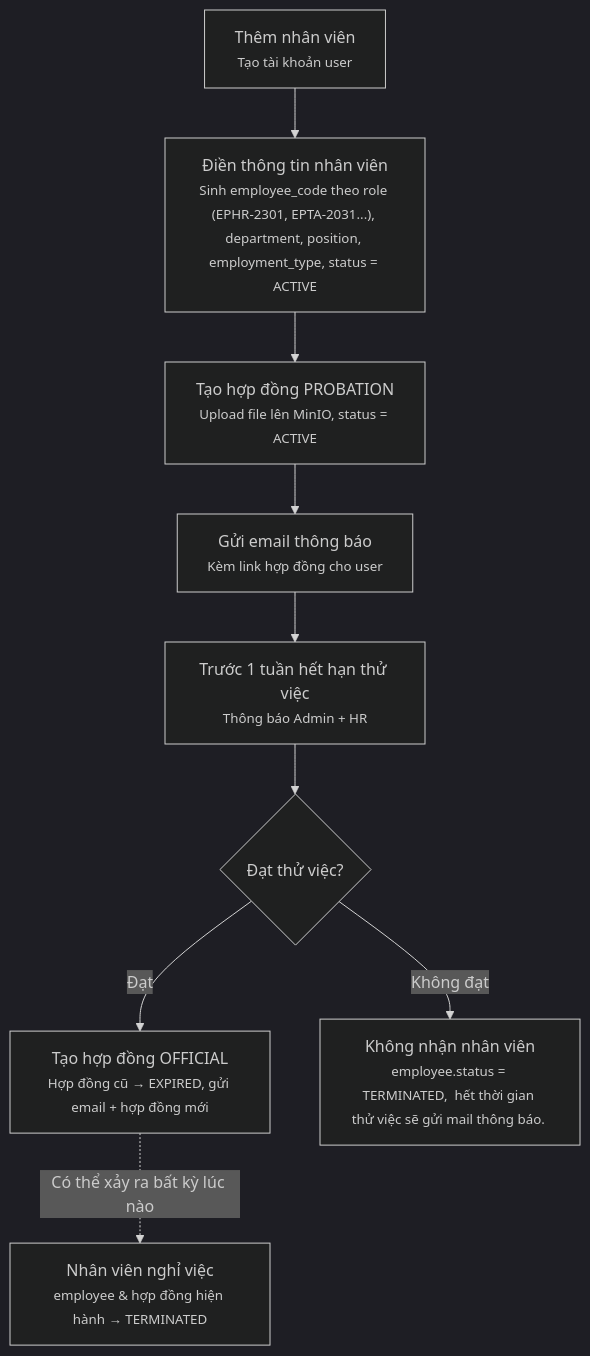
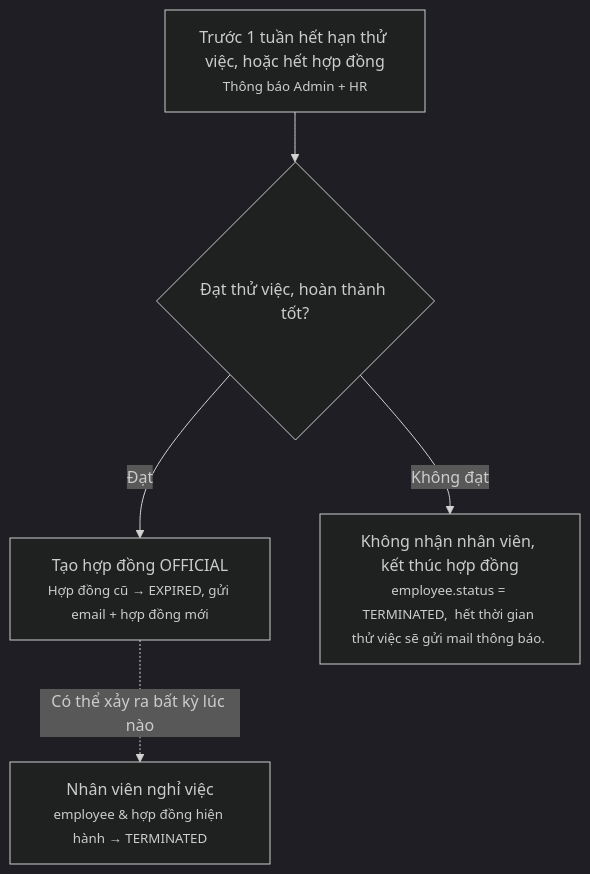
One commit to vutiendat2302/ai-personalized-lms changed the fifth of 5 diagrams in backend/luong-nghiep-vu-hr-student.md. Above: the diagram before and after it, drawn with Mermaid (dark theme). The commit also changed other lines of this file and 41 other files, not shown here.

````diff
--- a/backend/luong-nghiep-vu-hr-student.md
+++ b/backend/luong-nghiep-vu-hr-student.md
@@ -199,21 +177,14 @@
 ```mermaid
 flowchart TD
-    A["Thêm nhân viên<br/><small>Tạo tài khoản user</small>"]
-    B["Điền thông tin nhân viên<br/><small>Sinh employee_code theo role (EPHR-2301, EPTA-2031...), department, position, employment_type, status = ACTIVE</small>"]
-    C["Tạo hợp đồng PROBATION<br/><small>Upload file lên MinIO, status = ACTIVE</small>"]
-    D["Gửi email thông báo<br/><small>Kèm link hợp đồng cho user</small>"]
-    E["Trước 1 tuần hết hạn thử việc<br/><small>Thông báo Admin + HR</small>"]
-    F{"Đạt thử việc?"}
+    E["Trước 1 tuần hết hạn thử việc, hoặc hết hợp đồng<br/><small>Thông báo Admin + HR</small>"]
+    F{"Đạt thử việc, hoàn thành tốt?"}
     G["Tạo hợp đồng OFFICIAL<br/><small>Hợp đồng cũ → EXPIRED, gửi email + hợp đồng mới</small>"]
-    H["Không nhận nhân viên<br/><small>employee.status = TERMINATED,  hết thời gian thử việc sẽ gửi mail thông báo. </small>"]
+    H["Không nhận nhân viên, kết thúc hợp đồng<br/><small>employee.status = TERMINATED,  hết thời gian thử việc sẽ gửi mail thông báo. </small>"]
     I["Nhân viên nghỉ việc<br/><small>employee & hợp đồng hiện hành → TERMINATED</small>"]
  
-    A --> B
-    B --> C
-    C --> D
-    D --> E
+
     E --> F
     F -->|"Đạt"| G
     F -->|"Không đạt"| H
     G -.->|"Có thể xảy ra bất kỳ lúc nào"| I
 ```
````
